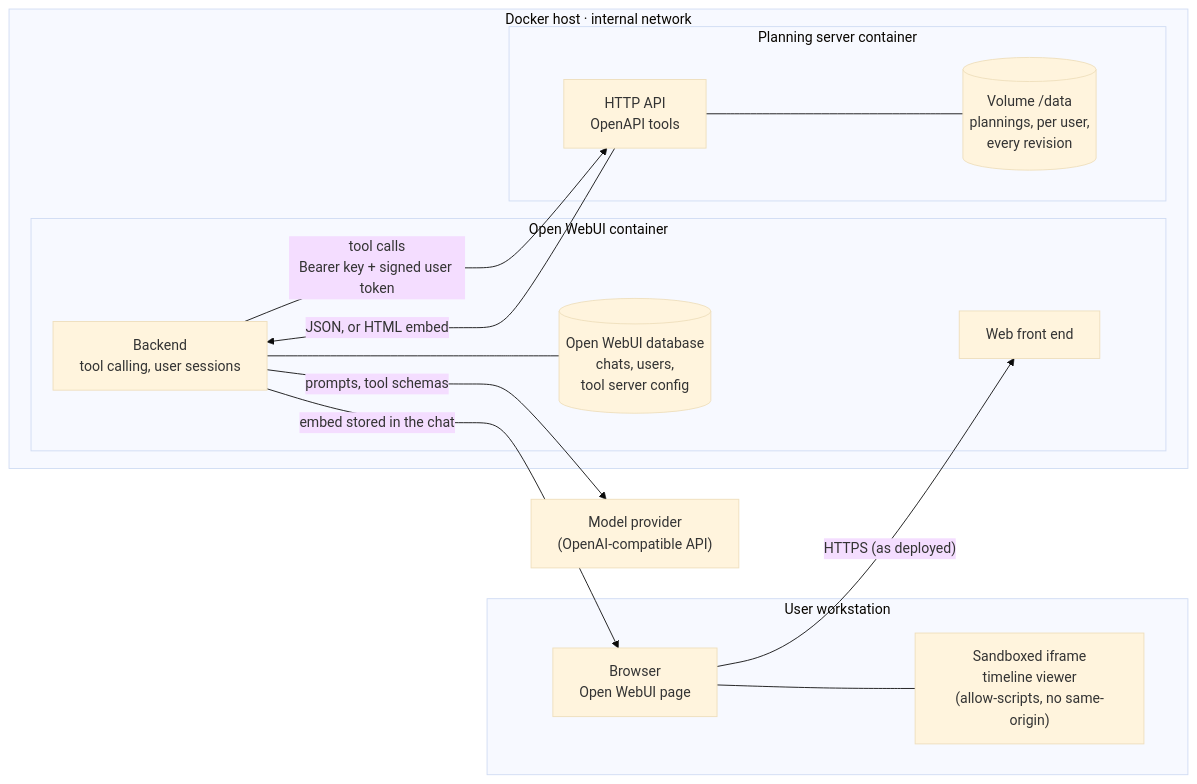
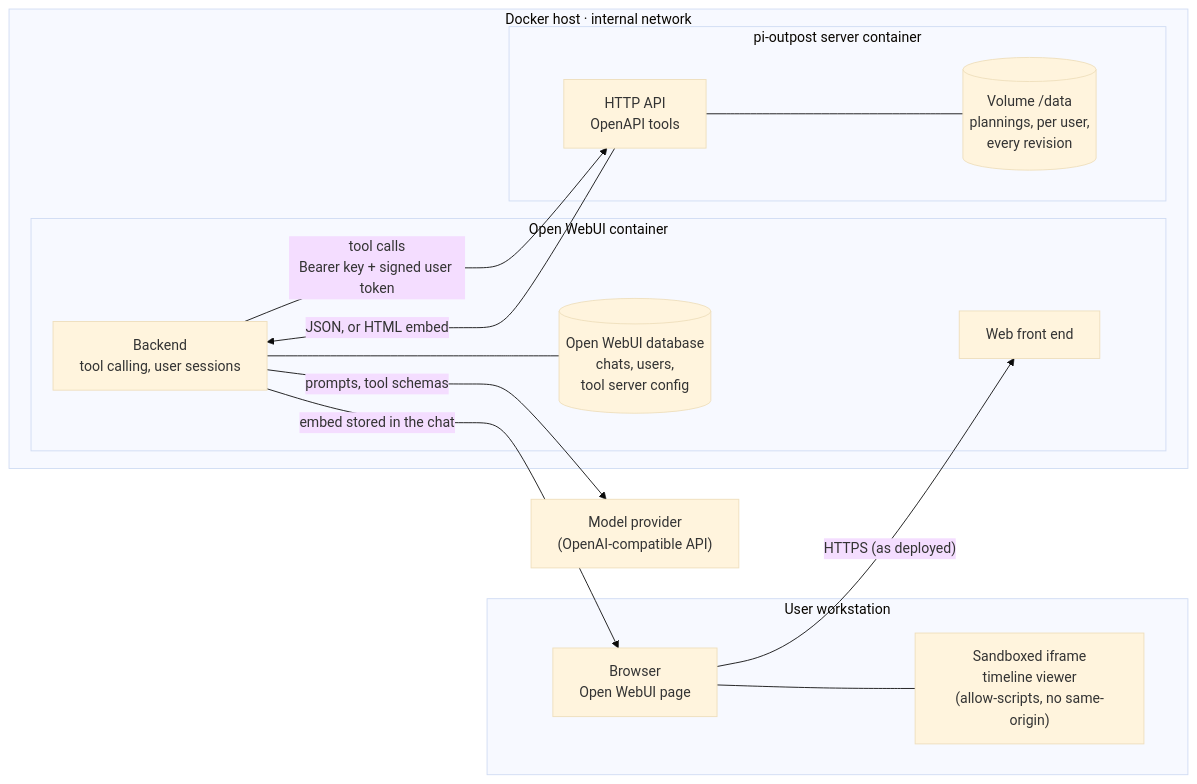
Before and after one commit to laurentftech/pi-outpost: the first of 3 diagrams in docs/openwebui-architecture.md, drawn with Mermaid (base theme). The commit also changed other lines of this file and 23 other files, not shown here.

First line of the commit message:
refactor(openwebui): name it pi-outpost's Open WebUI server, not a planning server

````diff
--- a/docs/openwebui-architecture.md
+++ b/docs/openwebui-architecture.md
@@ -25,30 +25,30 @@
 ```mermaid
 flowchart LR
   subgraph user["User workstation"]
     B["Browser<br/>Open WebUI page"]
     F["Sandboxed iframe<br/>timeline viewer<br/>(allow-scripts, no same-origin)"]
     B --- F
   end
 
   subgraph host["Docker host · internal network"]
     subgraph owui["Open WebUI container"]
       FE["Web front end"]
       BE["Backend<br/>tool calling, user sessions"]
       DB[("Open WebUI database<br/>chats, users,<br/>tool server config")]
       BE --- DB
     end
-    subgraph ps["Planning server container"]
+    subgraph ps["pi-outpost server container"]
       API["HTTP API<br/>OpenAPI tools"]
       V[("Volume /data<br/>plannings, per user,<br/>every revision")]
       API --- V
     end
   end
 
   LLM["Model provider<br/>(OpenAI-compatible API)"]
 
   B -- "HTTPS (as deployed)" --> FE
   BE -- "prompts, tool schemas" --> LLM
   BE -- "tool calls<br/>Bearer key + signed user token" --> API
   API -- "JSON, or HTML embed" --> BE
   BE -- "embed stored in the chat" --> B
 ```
````
